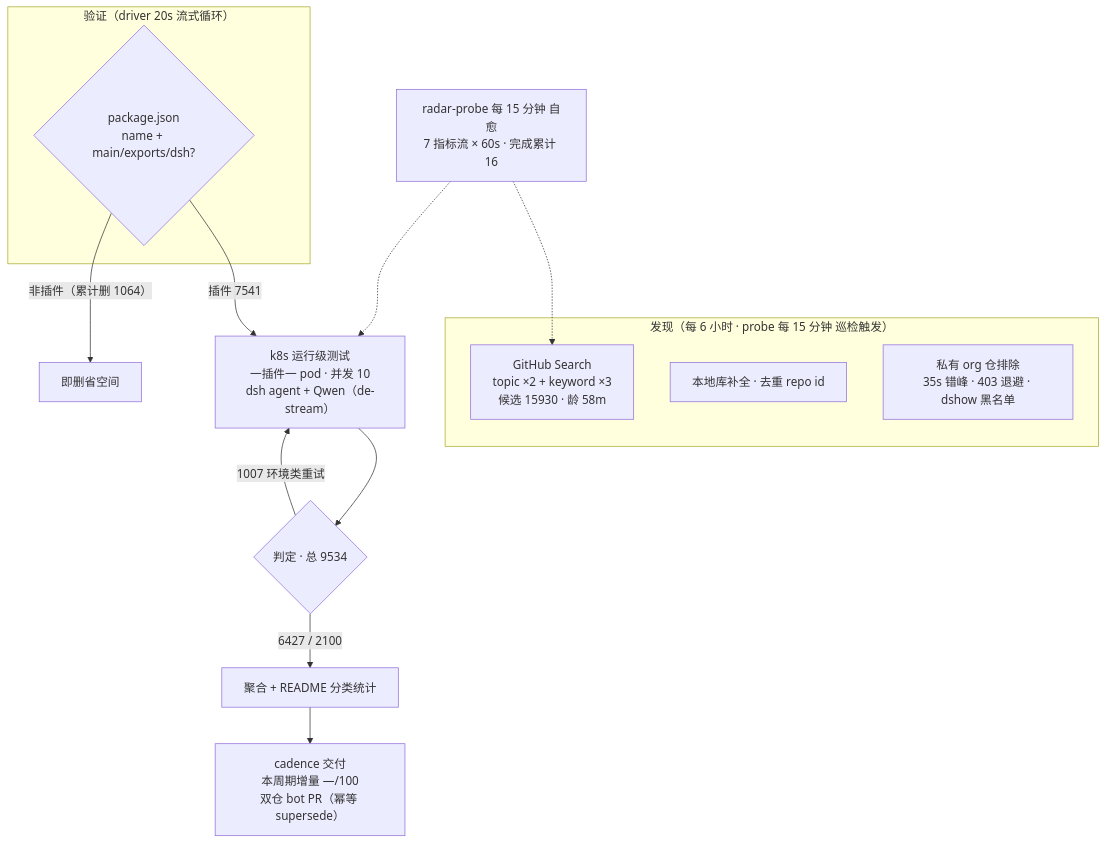
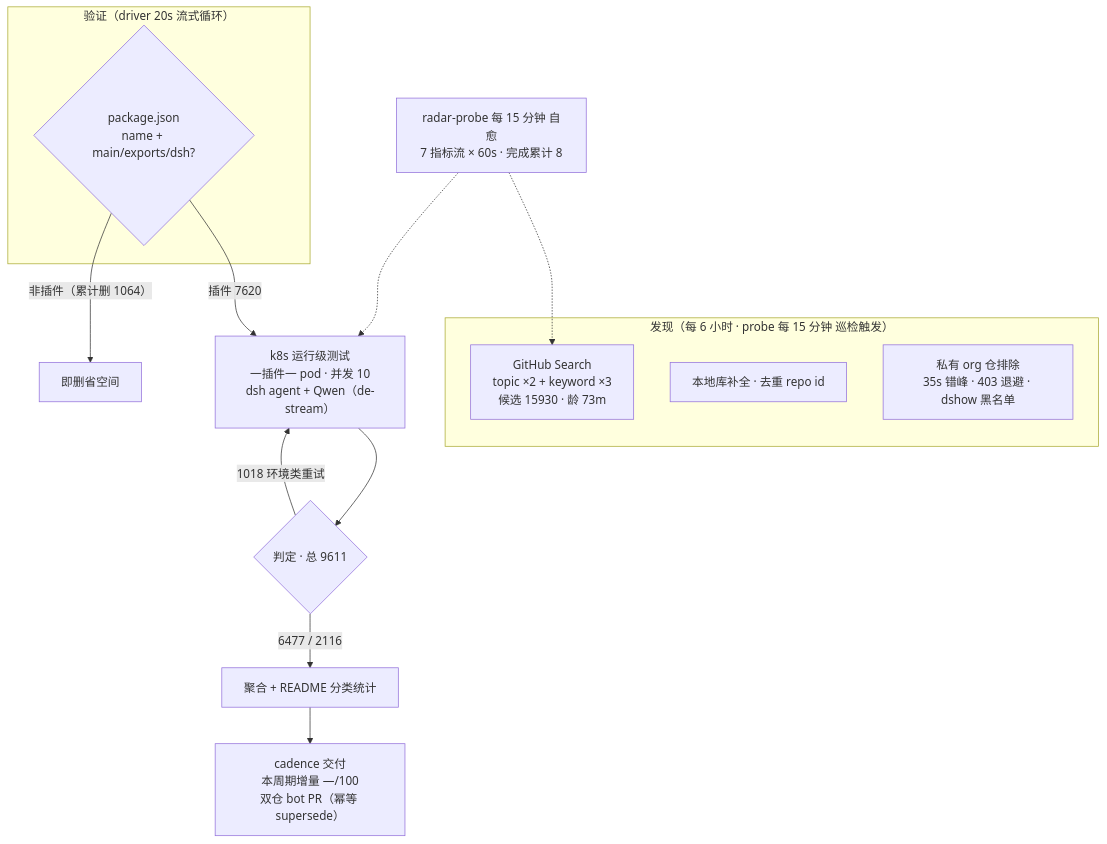
The diagram in README.md (Zhidao-Lab-OSS/awesome-dsh-plugins), drawn with Mermaid before and after one commit. The commit also changed other lines of this file and 1 other file, not shown here.

````diff
--- a/README.md
+++ b/README.md
@@ -37,20 +37,20 @@
 ```mermaid
 flowchart TB
     subgraph Discovery["发现（每 6 小时 · probe 每 15 分钟 巡检触发）"]
-        A1["GitHub Search<br/>topic ×2 + keyword ×3<br/>候选 15930 · 龄 58m"]
+        A1["GitHub Search<br/>topic ×2 + keyword ×3<br/>候选 15930 · 龄 73m"]
         A2["本地库补全 · 去重 repo id"]
         A3["私有 org 仓排除<br/>35s 错峰 · 403 退避 · dshow 黑名单"]
     end
     subgraph Validation["验证（driver 20s 流式循环）"]
         B1{"package.json<br/>name + main/exports/dsh?"}
     end
-    B1 -->|"插件 7541"| C1["k8s 运行级测试<br/>一插件一 pod · 并发 10<br/>dsh agent + Qwen（de-stream）"]
+    B1 -->|"插件 7620"| C1["k8s 运行级测试<br/>一插件一 pod · 并发 10<br/>dsh agent + Qwen（de-stream）"]
     B1 -->|"非插件（累计删 1064）"| B3["即删省空间"]
-    C1 --> D1{"判定 · 总 9534"}
-    D1 -->|"6427 / 2100"| E1["聚合 + README 分类统计"]
-    D1 -->|"1007 环境类重试"| C1
+    C1 --> D1{"判定 · 总 9611"}
+    D1 -->|"6477 / 2116"| E1["聚合 + README 分类统计"]
+    D1 -->|"1018 环境类重试"| C1
     E1 --> E2["cadence 交付<br/>本周期增量 —/100<br/>双仓 bot PR（幂等 supersede）"]
-    M["radar-probe 每 15 分钟 自愈<br/>7 指标流 × 60s · 完成累计 16"]
+    M["radar-probe 每 15 分钟 自愈<br/>7 指标流 × 60s · 完成累计 8"]
     M -.-> A1
     M -.-> C1
 ```
````
